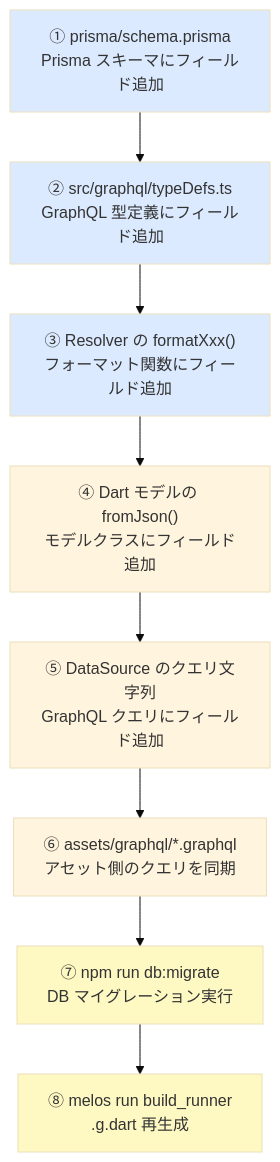
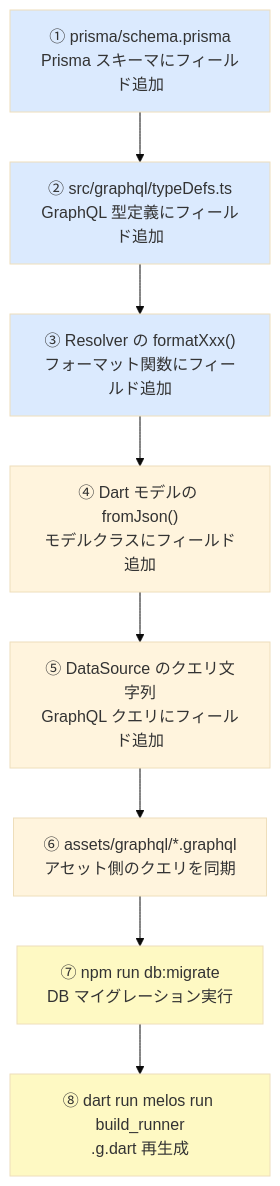
Before and after one commit to fumiyasac/travel_booking: diagram 12 of 13 in architecture_guidance.md, drawn with Mermaid (base theme). The commit also changed other lines of this file and 2 other files, not shown here.

Commit message:
docs: melos コマンドの表記を dart run melos run に統一
CLAUDE.md・README.md・architecture_guidance.md 全体で
`melos run ...` を `dart run melos run ...` に統一。
melos はローカルインストール（dev_dependencies）のため
グローバルコマンドとして使えないことを明確にする。

````diff
--- a/architecture_guidance.md
+++ b/architecture_guidance.md
@@ -688,19 +688,19 @@
 ```mermaid
 flowchart TD
     Step1["① prisma/schema.prisma\nPrisma スキーマにフィールド追加"]
     Step2["② src/graphql/typeDefs.ts\nGraphQL 型定義にフィールド追加"]
     Step3["③ Resolver の formatXxx()\nフォーマット関数にフィールド追加"]
     Step4["④ Dart モデルの fromJson()\nモデルクラスにフィールド追加"]
     Step5["⑤ DataSource のクエリ文字列\nGraphQL クエリにフィールド追加"]
     Step6["⑥ assets/graphql/*.graphql\nアセット側のクエリを同期"]
     Step7["⑦ npm run db:migrate\nDB マイグレーション実行"]
-    Step8["⑧ melos run build_runner\n.g.dart 再生成"]
+    Step8["⑧ dart run melos run build_runner\n.g.dart 再生成"]
 
     Step1 --> Step2 --> Step3 --> Step4 --> Step5 --> Step6 --> Step7 --> Step8
 
     style Step1 fill:#dbeafe
     style Step2 fill:#dbeafe
     style Step3 fill:#dbeafe
     style Step7 fill:#fef9c3
     style Step8 fill:#fef9c3
 ```
````
